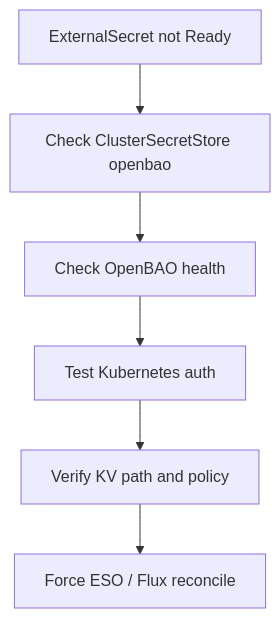
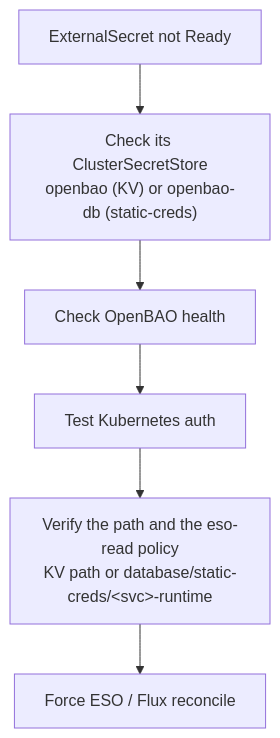
The diagram in docs/secrets/runbooks/eso-sync-failure.md (duynhlab/homelab), drawn with Mermaid before and after one commit. The commit also changed other lines of this file and 92 other files, not shown here.

First line of the commit message:
Finalise ADR-089 and refresh database diagrams (#1337)

````diff
--- a/docs/secrets/runbooks/eso-sync-failure.md
+++ b/docs/secrets/runbooks/eso-sync-failure.md
@@ -5,8 +7,8 @@
 ```mermaid
 flowchart TD
-    ES[ExternalSecret not Ready] --> CSS[Check ClusterSecretStore openbao]
+    ES[ExternalSecret not Ready] --> CSS["Check its ClusterSecretStore<br/>openbao (KV) or openbao-db (static-creds)"]
     CSS --> BAO[Check OpenBAO health]
     BAO --> AUTH[Test Kubernetes auth]
-    AUTH --> PATH[Verify KV path and policy]
+    AUTH --> PATH["Verify the path and the eso-read policy<br/>KV path or database/static-creds/&lt;svc&gt;-runtime"]
     PATH --> RECONCILE[Force ESO / Flux reconcile]
 ```
````
